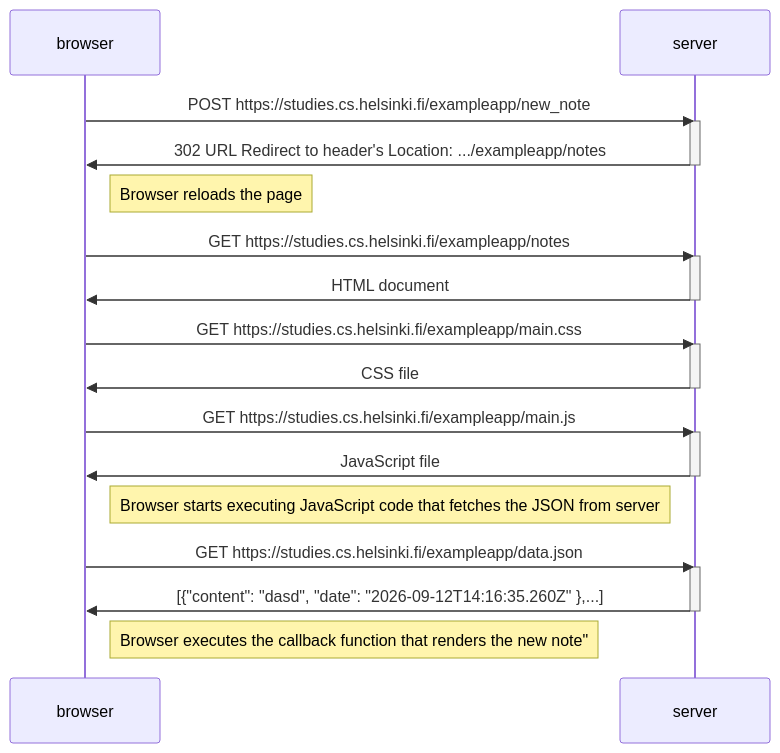
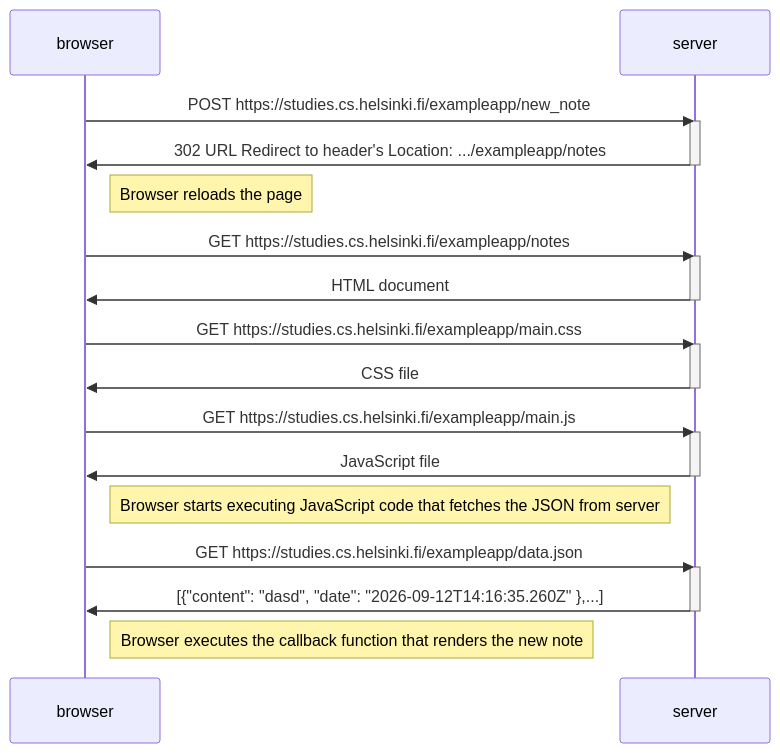
The diagram in 0.4.md (nvy-nguyen/FullStackOpen_Exercises), drawn with Mermaid before and after one commit.

````diff
--- a/0.4.md
+++ b/0.4.md
@@ -1,38 +1,38 @@
 ```mermaid
 
 sequenceDiagram
   participant browser
   participant server
 
   browser->>server: POST https://studies.cs.helsinki.fi/exampleapp/new_note
   activate server
   server->>browser: 302 URL Redirect to header's Location: .../exampleapp/notes
   deactivate server
 
   Note right of browser: Browser reloads the page
 
   browser->>server: GET https://studies.cs.helsinki.fi/exampleapp/notes
   activate server
   server->>browser: HTML document
   deactivate server
 
   browser->>server: GET https://studies.cs.helsinki.fi/exampleapp/main.css
   activate server
   server->>browser: CSS file
   deactivate server
 
   browser->>server: GET https://studies.cs.helsinki.fi/exampleapp/main.js
   activate server
   server->>browser: JavaScript file
   deactivate server
 
   Note right of browser: Browser starts executing JavaScript code that fetches the JSON from server
 
   browser->>server: GET https://studies.cs.helsinki.fi/exampleapp/data.json
   activate server
   server->>browser: [{"content": "dasd", "date": "2026-09-12T14:16:35.260Z" },...]
   deactivate server
 
-  Note right of browser: Browser executes the callback function that renders the new note"
+  Note right of browser: Browser executes the callback function that renders the new note
   
 ```
````
